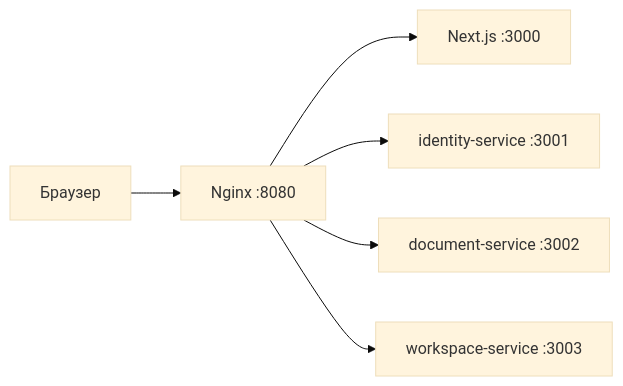
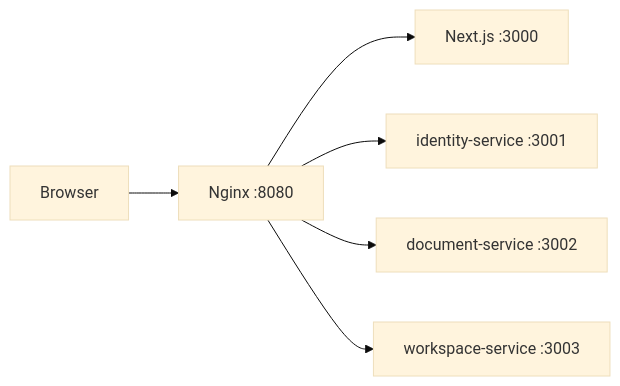
Before and after one commit to yeunikey/frameflow: the diagram in docs/architecture.md, drawn with Mermaid (base theme). The commit also changed other lines of this file and 16 other files, not shown here.

````diff
--- a/docs/architecture.md
+++ b/docs/architecture.md
@@ -63,8 +63,8 @@
 ```mermaid
 flowchart LR
-    Browser[Браузер] --> Nginx[Nginx :8080]
+    Browser[Browser] --> Nginx[Nginx :8080]
     Nginx --> Frontend[Next.js :3000]
     Nginx --> Identity[identity-service :3001]
     Nginx --> Document[document-service :3002]
     Nginx --> Workspace[workspace-service :3003]
 ```
````
